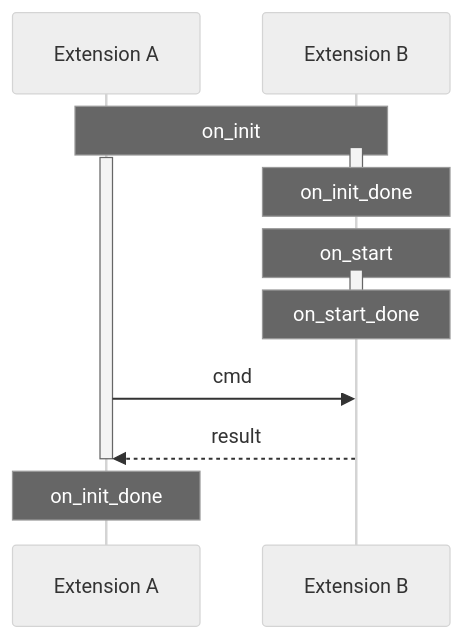
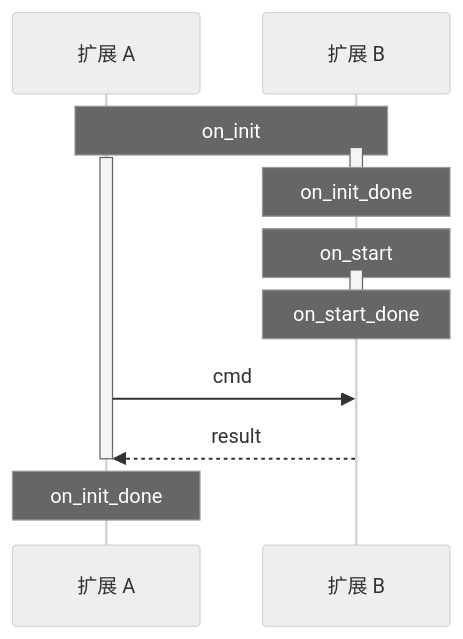
One commit to TEN-framework/docs changed the second of 2 diagrams in ten_framework/ten_packages/extension.md. Above: the diagram before and after it, drawn with Mermaid (neutral theme). The commit also changed other lines of this file and 27 other files, not shown here.

````diff
--- a/ten_framework/ten_packages/extension.md
+++ b/ten_framework/ten_packages/extension.md
@@ -93,22 +93,22 @@
 ```mermaid
 sequenceDiagram
-  participant A as Extension A
-  participant B as Extension B
+  participant A as 扩展 A
+  participant B as 扩展 B
 
   Note over A,B: on_init
   activate A
   activate B
   deactivate B
   Note over B: on_init_done
 
   Note over B: on_start
   activate B
   deactivate B
   Note over B: on_start_done
 
   A->>B: cmd
   B-->>A: result
 
   deactivate A
   Note over A: on_init_done
 ```
````
